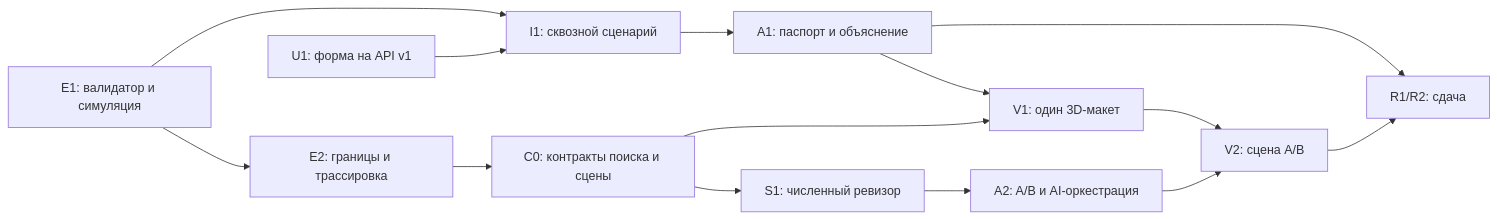
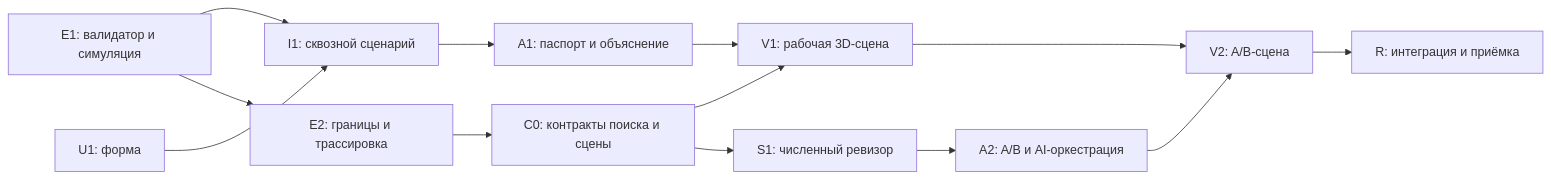
One commit to BAITC-Hacks/hack-a791087a-winx changed the diagram in docs/IMPLEMENTATION_PLAN.md. Above: the diagram before and after it, drawn with Mermaid. The commit also changed other lines of this file and 10 other files, not shown here.

````diff
--- a/docs/IMPLEMENTATION_PLAN.md
+++ b/docs/IMPLEMENTATION_PLAN.md
@@ -70,16 +67,15 @@
 ```mermaid
 flowchart LR
     E1[E1: валидатор и симуляция] --> I1[I1: сквозной сценарий]
-    U1[U1: форма на API v1] --> I1
+    U1[U1: форма] --> I1
     I1 --> A1[A1: паспорт и объяснение]
     E1 --> E2[E2: границы и трассировка]
     E2 --> C0[C0: контракты поиска и сцены]
+    C0 --> V1[V1: рабочая 3D-сцена]
+    A1 --> V1
     C0 --> S1[S1: численный ревизор]
-    A1 --> V1[V1: один 3D-макет]
-    C0 --> V1
     S1 --> A2[A2: A/B и AI-оркестрация]
-    V1 --> V2[V2: сцена A/B]
+    V1 --> V2[V2: A/B-сцена]
     A2 --> V2
-    A1 --> R1[R1/R2: сдача]
-    V2 --> R1
+    V2 --> R[R: интеграция и приёмка]
 ```
````
